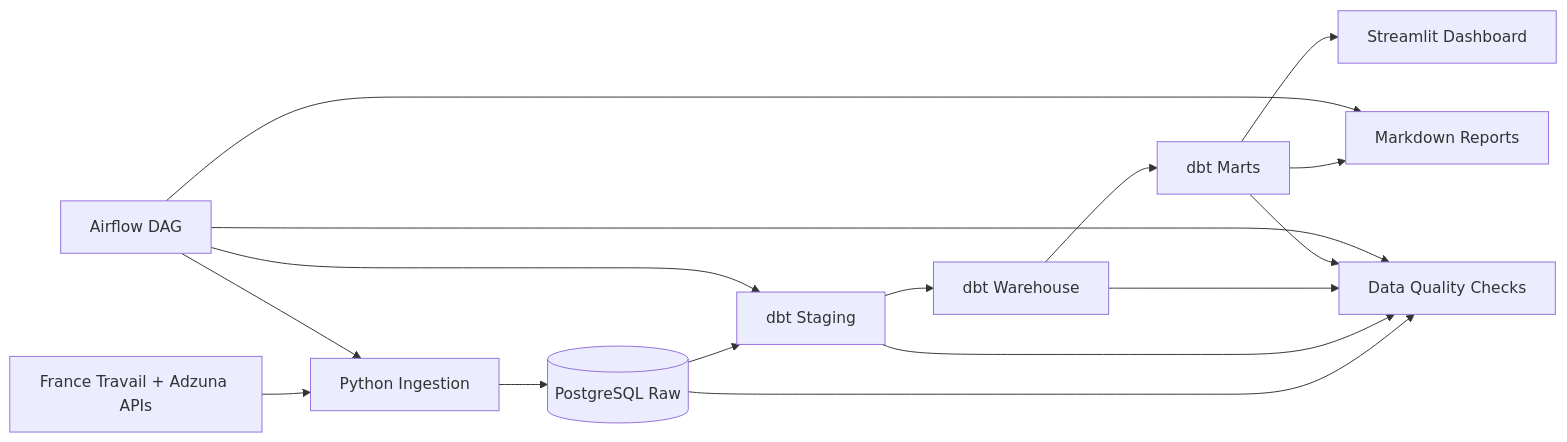
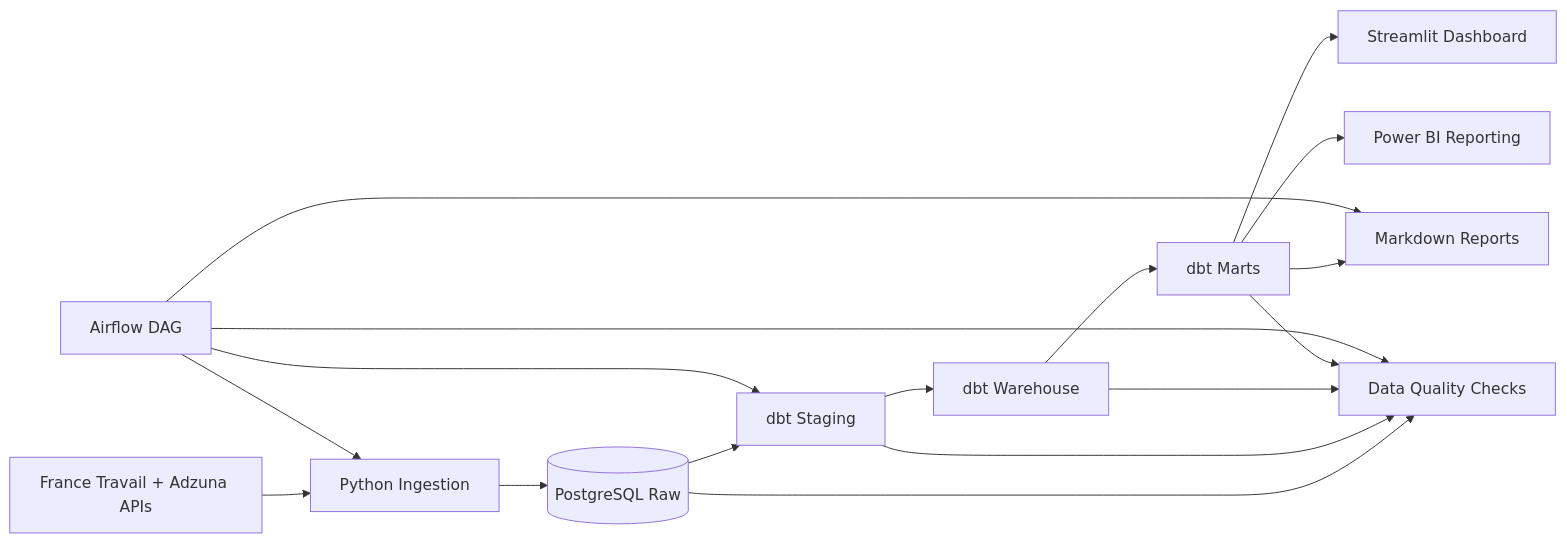
The diagram in README.md (VladimirVAR/job-market-radar), drawn with Mermaid before and after one commit. The commit also changed other lines of this file and 9 other files, not shown here.

Commit message:
Add Power BI reporting layer

````diff
--- a/README.md
+++ b/README.md
@@ -110,18 +112,19 @@
 ```mermaid
 flowchart LR
     A[France Travail + Adzuna APIs] --> B[Python Ingestion]
     B --> C[(PostgreSQL Raw)]
     C --> D[dbt Staging]
     D --> E[dbt Warehouse]
     E --> F[dbt Marts]
     F --> G[Streamlit Dashboard]
     F --> H[Markdown Reports]
+    F --> K[Power BI Reporting]
     C --> I[Data Quality Checks]
     D --> I
     E --> I
     F --> I
     J[Airflow DAG] --> B
     J --> D
     J --> I
     J --> H
 ```
````
